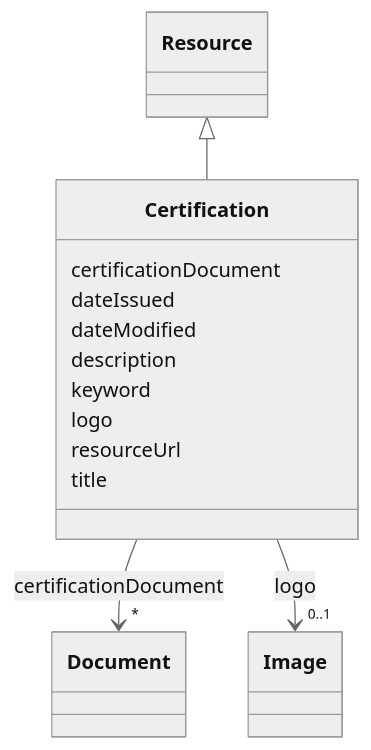
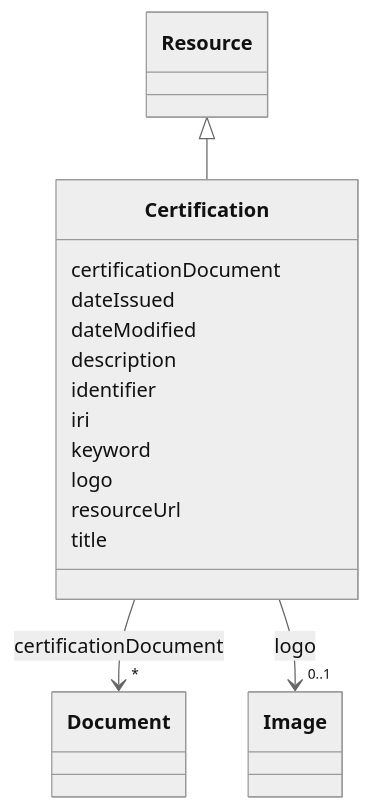
The diagram in models/docs/Certification.md (EVORA-project/evora-ontology), drawn with Mermaid (neutral theme) before and after one commit. The commit also changed other lines of this file and 391 other files, not shown here.

````diff
--- a/models/docs/Certification.md
+++ b/models/docs/Certification.md
@@ -19,39 +19,43 @@
 ```mermaid
  classDiagram
     class Certification
     click Certification href "../Certification"
       Resource <|-- Certification
         click Resource href "../Resource"
       
       Certification : certificationDocument
         
           
     
     
     Certification --> "*" Document : certificationDocument
     click Document href "../Document"
 
         
       Certification : dateIssued
         
       Certification : dateModified
         
       Certification : description
         
+      Certification : identifier
+        
+      Certification : iri
+        
       Certification : keyword
         
       Certification : logo
         
           
     
     
     Certification --> "0..1" Image : logo
     click Image href "../Image"
 
         
       Certification : resourceUrl
         
       Certification : title
         
       
 ```
````
